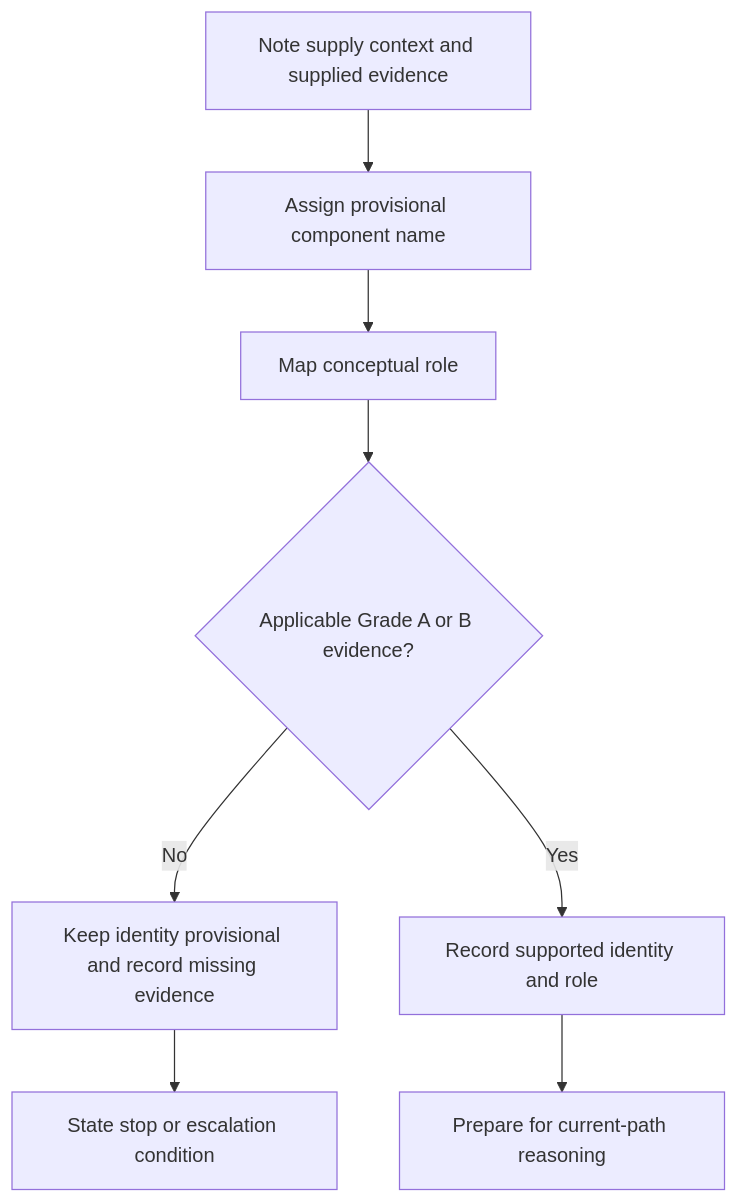
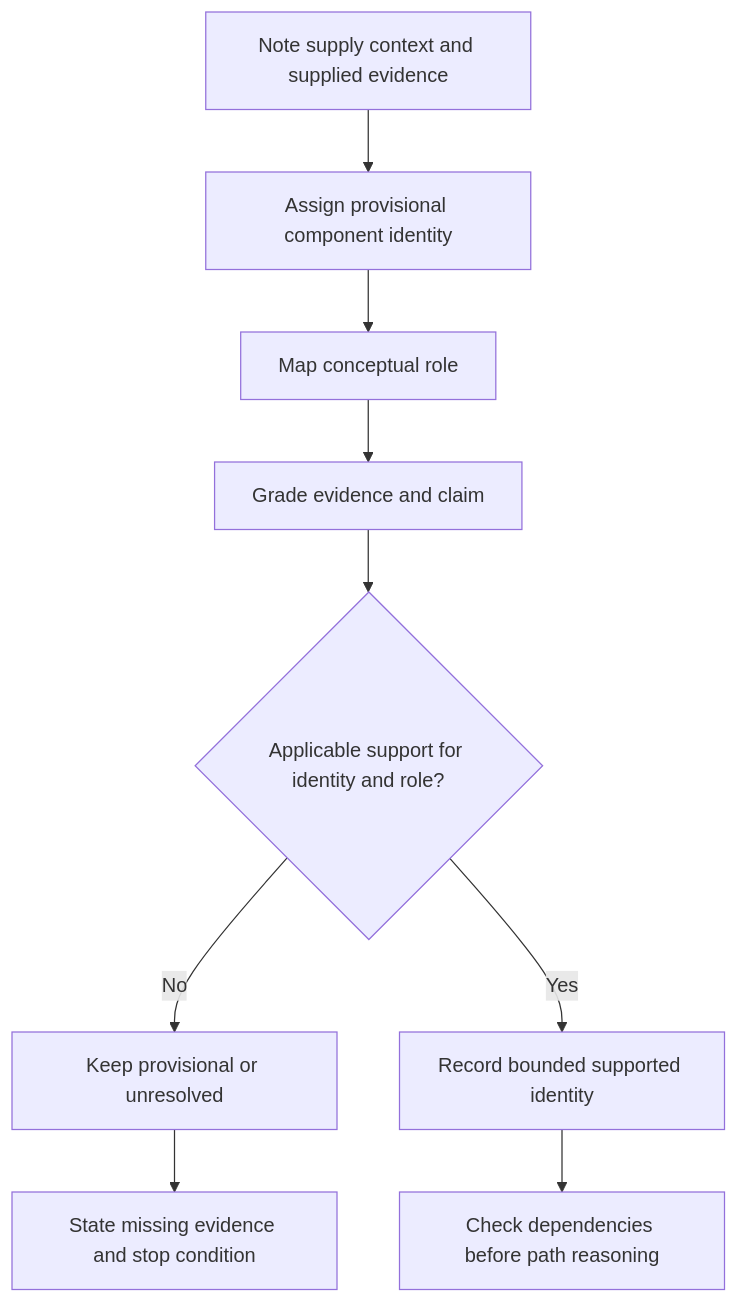
Before and after one commit to andrew3stedall/capstone: the first of 2 diagrams in docs/learning-plans/6-week/modules/day-08-earthing-terminology-and-component-identification.md, drawn with Mermaid. The commit also changed other lines of this file, not shown here.

````diff
--- a/docs/learning-plans/6-week/modules/day-08-earthing-terminology-and-component-identification.md
+++ b/docs/learning-plans/6-week/modules/day-08-earthing-terminology-and-component-identification.md
@@ -143,10 +164,11 @@
 ```mermaid
 flowchart TD
-    A["Note supply context and supplied evidence"] --> B["Assign provisional component name"]
+    A["Note supply context and supplied evidence"] --> B["Assign provisional component identity"]
     B --> C["Map conceptual role"]
-    C --> D{"Applicable Grade A or B evidence?"}
-    D -->|"No"| E["Keep identity provisional and record missing evidence"]
-    D -->|"Yes"| F["Record supported identity and role"]
-    E --> G["State stop or escalation condition"]
-    F --> H["Prepare for current-path reasoning"]
+    C --> D["Grade evidence and claim"]
+    D --> E{"Applicable support for identity and role?"}
+    E -->|"No"| F["Keep provisional or unresolved"]
+    E -->|"Yes"| G["Record bounded supported identity"]
+    F --> H["State missing evidence and stop condition"]
+    G --> I["Check dependencies before path reasoning"]
 ```
````
